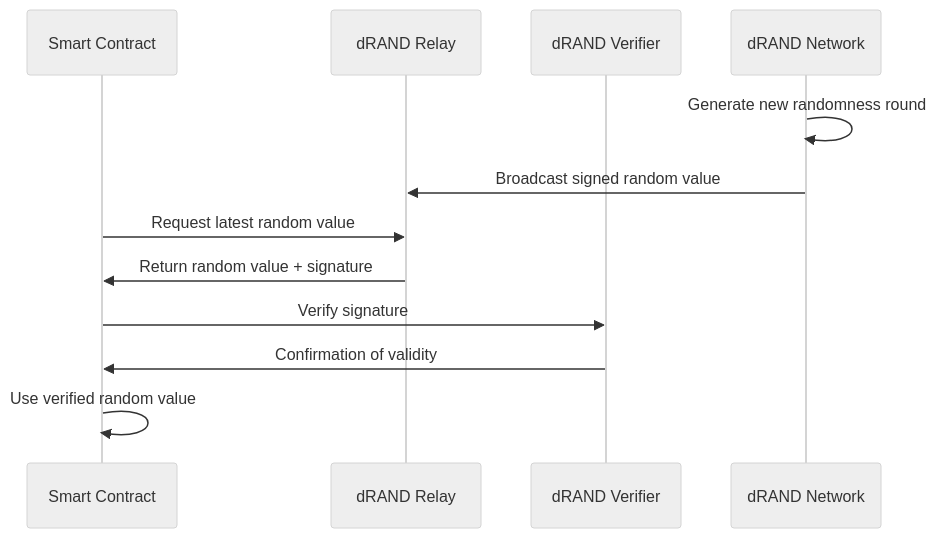
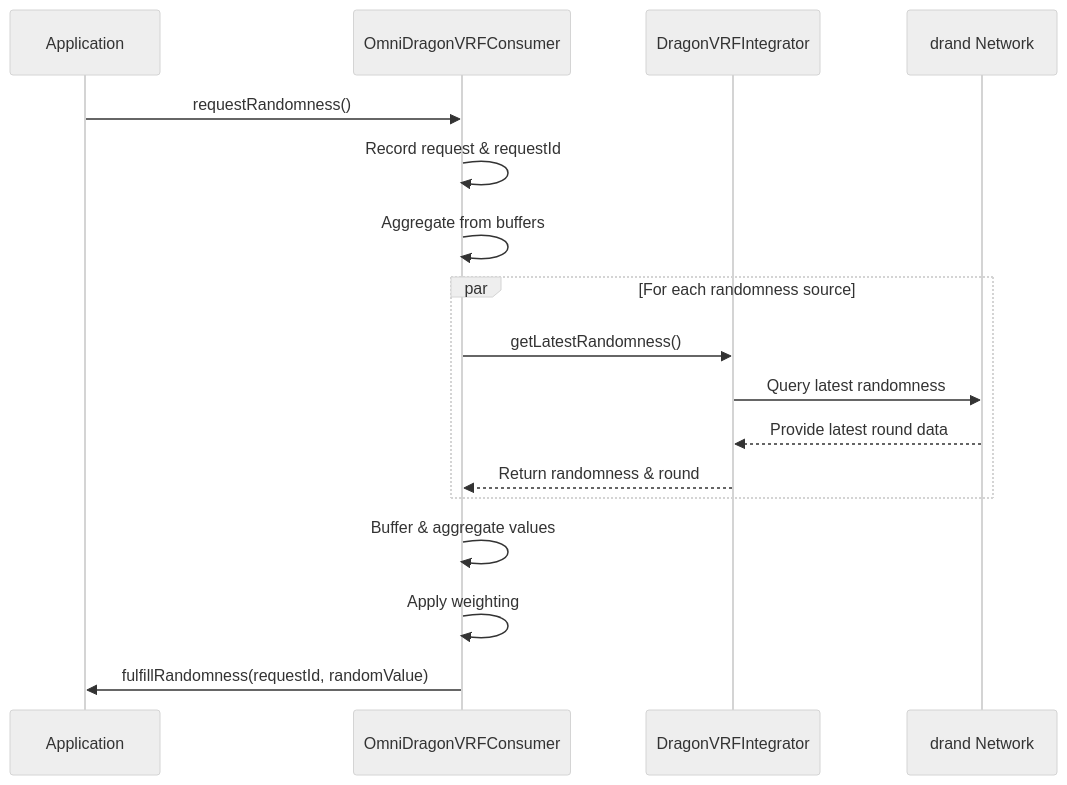
The third of 3 diagrams in docs/concepts/randomness.md (wenakita/sonicreddragon-docs), drawn with Mermaid (neutral theme) before and after one commit. The commit also changed other lines of this file and 46 other files, not shown here.

Commit message:
Fix mermaid diagram rendering issues and animation components

````diff
--- a/docs/concepts/randomness.md
+++ b/docs/concepts/randomness.md
@@ -71,18 +161,22 @@
 ```mermaid
 sequenceDiagram
-    participant Client as Smart Contract
-    participant Relay as dRAND Relay
-    participant Verifier as dRAND Verifier
-    participant Network as dRAND Network
+    participant App as Application
+    participant Consumer as OmniDragonVRFConsumer
+    participant Integrator as DragonVRFIntegrator
+    participant drand as drand Network
     
-    Network->>Network: Generate new randomness round
-    Network->>Relay: Broadcast signed random value
+    App->>Consumer: requestRandomness()
+    Consumer->>Consumer: Record request & requestId
+    Consumer->>Consumer: Aggregate from buffers
     
-    Client->>Relay: Request latest random value
-    Relay->>Client: Return random value + signature
+    par For each randomness source
+        Consumer->>Integrator: getLatestRandomness()
+        Integrator->>drand: Query latest randomness
+        drand-->>Integrator: Provide latest round data
+        Integrator-->>Consumer: Return randomness & round
+    end
     
-    Client->>Verifier: Verify signature
-    Verifier->>Client: Confirmation of validity
-    
-    Client->>Client: Use verified random value
+    Consumer->>Consumer: Buffer & aggregate values
+    Consumer->>Consumer: Apply weighting
+    Consumer->>App: fulfillRandomness(requestId, randomValue)
 ```
````
